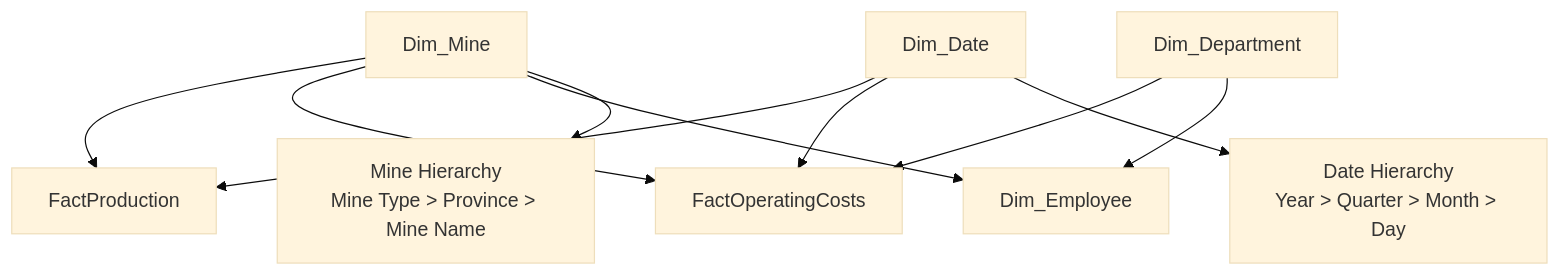
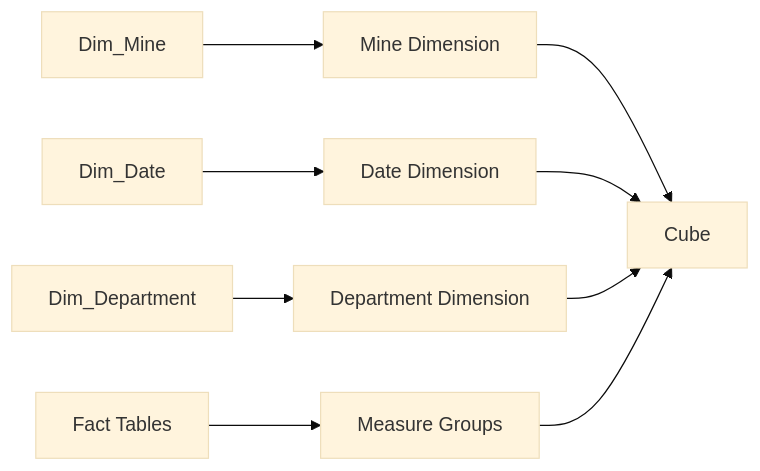
The second of 5 diagrams in Day-01/multidimensional-models-and-dimensions/multidimensional-models-and-dimensions-theory.md (kumbulanit/SSAS-Fundamentals-SQL-Server-Analysis-Services), drawn with Mermaid (base theme) before and after one commit. The commit also changed other lines of this file and 23 other files, not shown here.

````diff
--- a/Day-01/multidimensional-models-and-dimensions/multidimensional-models-and-dimensions-theory.md
+++ b/Day-01/multidimensional-models-and-dimensions/multidimensional-models-and-dimensions-theory.md
@@ -411,23 +326,11 @@
 ```mermaid
-flowchart TB
-   FP[FactProduction]
-   FM[FactOperatingCosts]
-   DM[Dim_Mine]
-   DD[Dim_Date]
-   DP[Dim_Department]
-   DE[Dim_Employee]
-
-   DM --> FP
-   DD --> FP
-   DM --> FM
-   DD --> FM
-   DP --> FM
-   DP --> DE
-   DM --> DE
-
-   H1[Mine Hierarchy\nMine Type > Province > Mine Name]
-   H2[Date Hierarchy\nYear > Quarter > Month > Day]
-
-   DM --> H1
-   DD --> H2
+flowchart LR
+    A[Fact Tables] --> B[Measure Groups]
+    C[Dim_Mine] --> D[Mine Dimension]
+    E[Dim_Date] --> F[Date Dimension]
+    G[Dim_Department] --> H[Department Dimension]
+    D --> I[Cube]
+    F --> I
+    H --> I
+    B --> I
 ```
````
